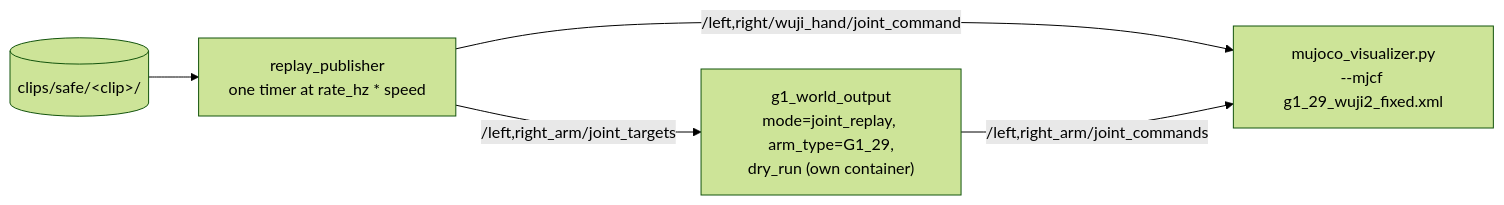
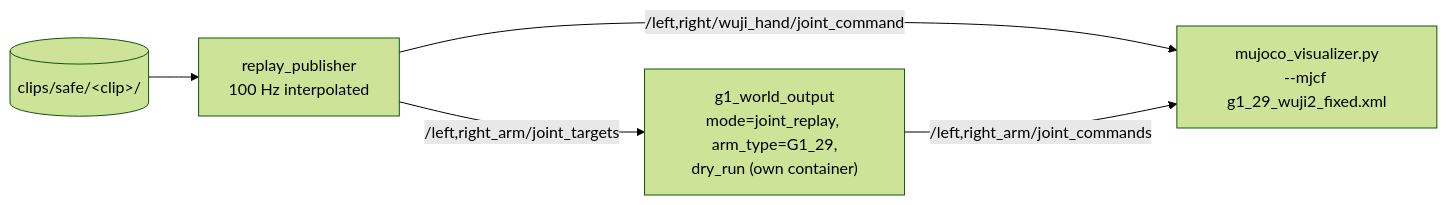
One commit to MSC-Wuji-Teleop/wuji-hand-teleop changed the diagram in docs/usage.md. Above: the diagram before and after it, drawn with Mermaid (forest theme). The commit also changed 12 other files, not shown here.

````diff
--- a/docs/usage.md
+++ b/docs/usage.md
@@ -134,12 +134,12 @@
 ```mermaid
 graph LR
     CLIP[("clips/safe/&lt;clip&gt;/")]
-    PUB["replay_publisher<br/>one timer at rate_hz * speed"]
+    PUB["replay_publisher<br/>100 Hz interpolated"]
     G1O["g1_world_output<br/>mode=joint_replay, arm_type=G1_29,<br/>dry_run (own container)"]
     VIZ["mujoco_visualizer.py<br/>--mjcf g1_29_wuji2_fixed.xml"]
 
     CLIP --> PUB
     PUB -->|"/left,right_arm/joint_targets"| G1O
     PUB -->|"/left,right/wuji_hand/joint_command"| VIZ
     G1O -->|"/left,right_arm/joint_commands"| VIZ
 ```
````
